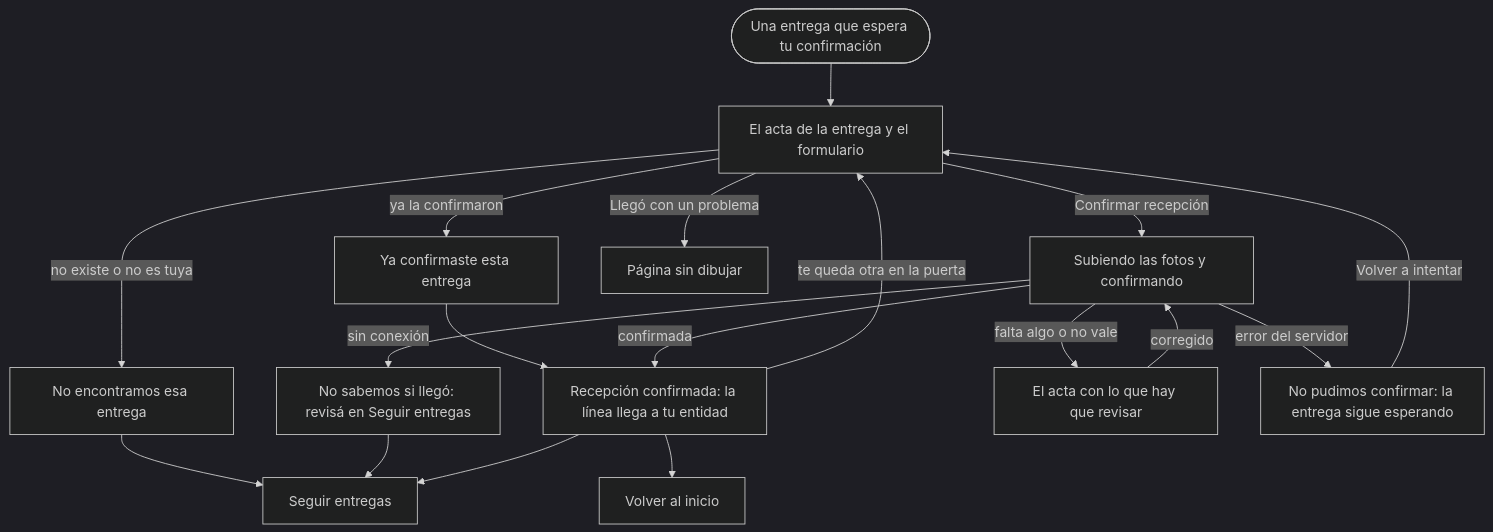
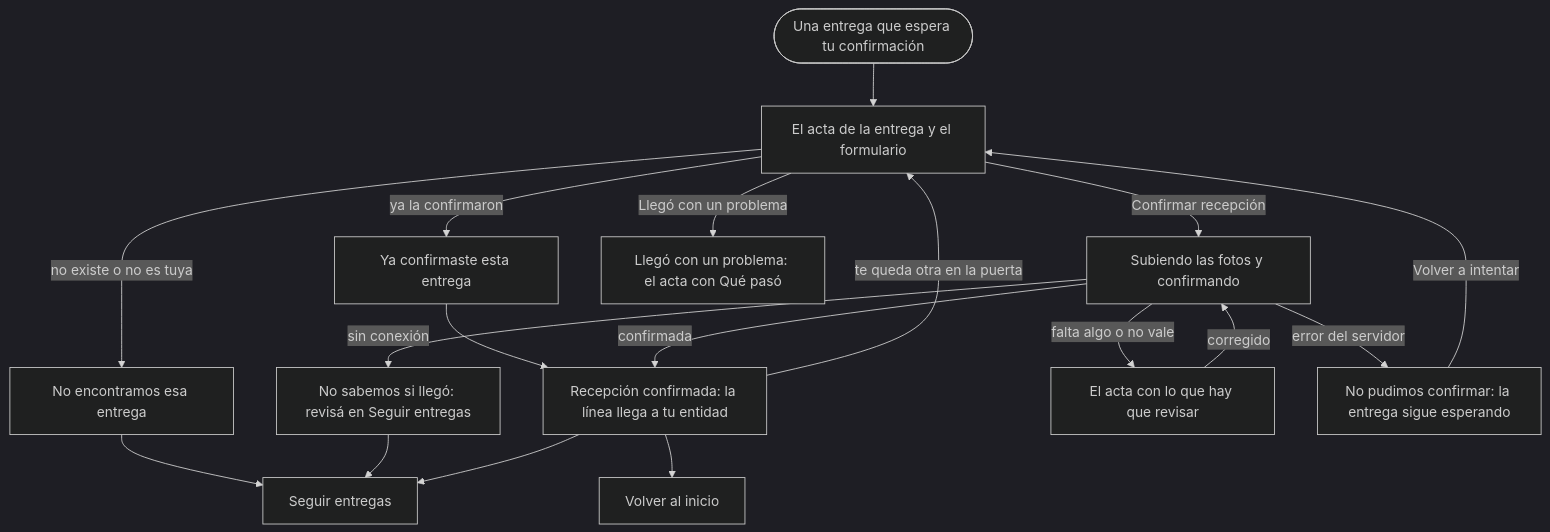
The diagram in docs/interfaz/flujos/raices-confirmar-recepcion.md (tsorren/DonaTrack-TP-DDS), drawn with Mermaid (dark theme) before and after one commit. The commit also changed other lines of this file and 2 other files, not shown here.

Commit message:
E6: fichas de F7 del roadmap de vistas (Llegó con un problema y páginas de error)

````diff
--- a/docs/interfaz/flujos/raices-confirmar-recepcion.md
+++ b/docs/interfaz/flujos/raices-confirmar-recepcion.md
@@ -44,20 +44,20 @@
 ```mermaid
 flowchart TD
   entrada([Una entrega que espera tu confirmación]) --> acta[El acta de la entrega y el formulario]
   acta -->|no existe o no es tuya| noesta[No encontramos esa entrega]
   noesta --> seguir[Seguir entregas]
   acta -->|ya la confirmaron| yaesta[Ya confirmaste esta entrega]
   yaesta --> ciclo
   enviando -->|sin conexión| sinred[No sabemos si llegó: revisá en Seguir entregas]
   sinred --> seguir
   acta -->|Confirmar recepción| enviando[Subiendo las fotos y confirmando]
   enviando -->|falta algo o no vale| revisar[El acta con lo que hay que revisar]
   revisar -->|corregido| enviando
   enviando -->|error del servidor| error[No pudimos confirmar: la entrega sigue esperando]
   error -->|Volver a intentar| acta
   enviando -->|confirmada| ciclo[Recepción confirmada: la línea llega a tu entidad]
   ciclo -->|te queda otra en la puerta| acta
   ciclo --> inicio[Volver al inicio]
   ciclo --> seguir
-  acta -->|Llegó con un problema| problema[Página sin dibujar]
+  acta -->|Llegó con un problema| problema[Llegó con un problema: el acta con Qué pasó]
 ```
````
